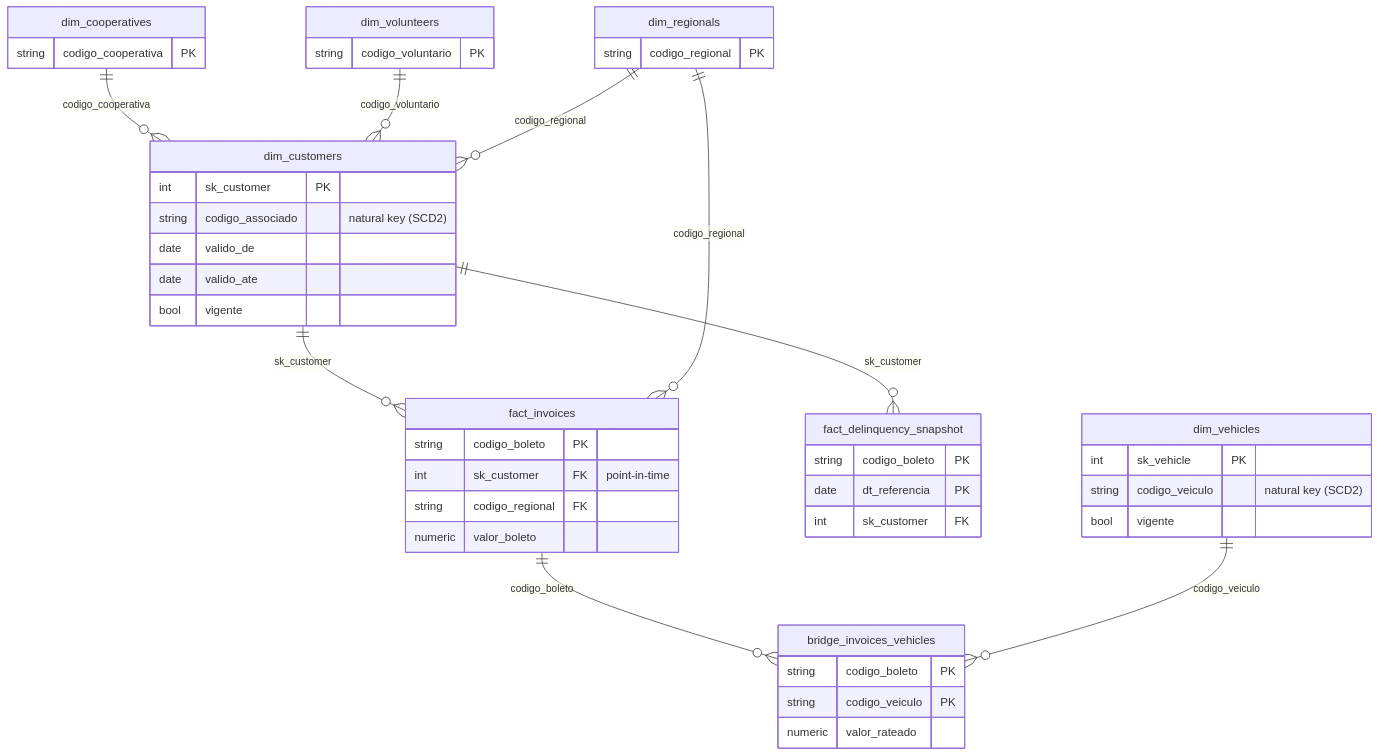
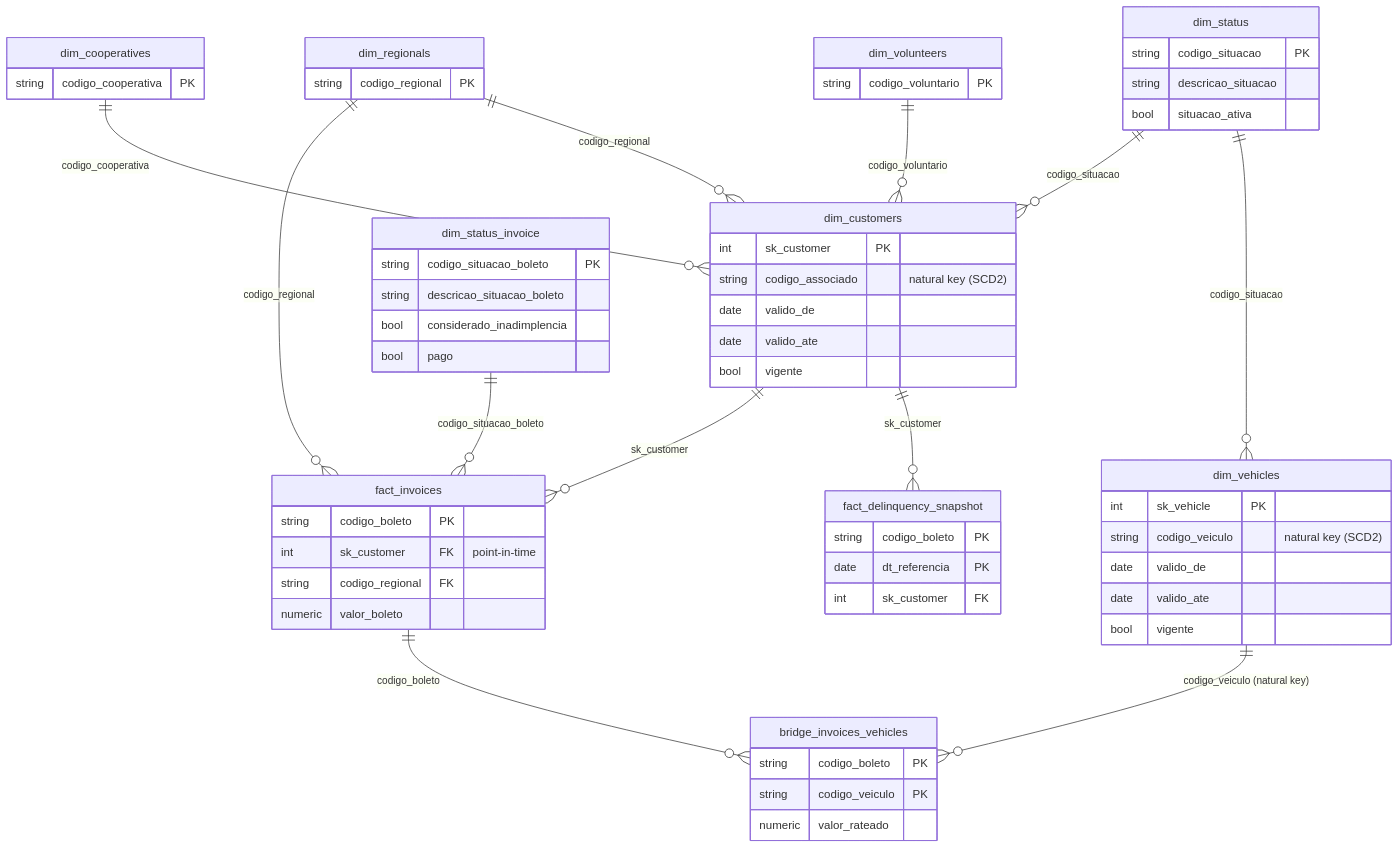
One commit to AntonioAugustoF/sga-api-pipeline changed the second of 2 diagrams in README.md. Above: the diagram before and after it, drawn with Mermaid. The commit also changed other lines of this file, not shown here.

````diff
--- a/README.md
+++ b/README.md
@@ -151,49 +152,65 @@
 ```mermaid
 erDiagram
     dim_customers ||--o{ fact_invoices : "sk_customer"
     dim_customers ||--o{ fact_delinquency_snapshot : "sk_customer"
     dim_regionals ||--o{ fact_invoices : "codigo_regional"
     dim_cooperatives ||--o{ dim_customers : "codigo_cooperativa"
     dim_volunteers ||--o{ dim_customers : "codigo_voluntario"
     dim_regionals ||--o{ dim_customers : "codigo_regional"
     fact_invoices ||--o{ bridge_invoices_vehicles : "codigo_boleto"
-    dim_vehicles ||--o{ bridge_invoices_vehicles : "codigo_veiculo"
+    dim_vehicles ||--o{ bridge_invoices_vehicles : "codigo_veiculo (natural key)"
+    dim_status ||--o{ dim_customers : "codigo_situacao"
+    dim_status ||--o{ dim_vehicles : "codigo_situacao"
+    dim_status_invoice ||--o{ fact_invoices : "codigo_situacao_boleto"
 
     dim_customers {
         int sk_customer PK
         string codigo_associado "natural key (SCD2)"
         date valido_de
         date valido_ate
         bool vigente
     }
     dim_vehicles {
         int sk_vehicle PK
         string codigo_veiculo "natural key (SCD2)"
+        date valido_de
+        date valido_ate
         bool vigente
+    }
+    dim_status {
+        string codigo_situacao PK
+        string descricao_situacao
+        bool situacao_ativa
+    }
+    dim_status_invoice {
+        string codigo_situacao_boleto PK
+        string descricao_situacao_boleto
+        bool considerado_inadimplencia
+        bool pago
     }
     dim_cooperatives {
         string codigo_cooperativa PK
     }
     dim_regionals {
         string codigo_regional PK
     }
     dim_volunteers {
         string codigo_voluntario PK
     }
     fact_invoices {
         string codigo_boleto PK
         int sk_customer FK "point-in-time"
         string codigo_regional FK
         numeric valor_boleto
     }
     fact_delinquency_snapshot {
         string codigo_boleto PK
         date dt_referencia PK
         int sk_customer FK
     }
     bridge_invoices_vehicles {
         string codigo_boleto PK
         string codigo_veiculo PK
         numeric valor_rateado
     }
 ```
````
